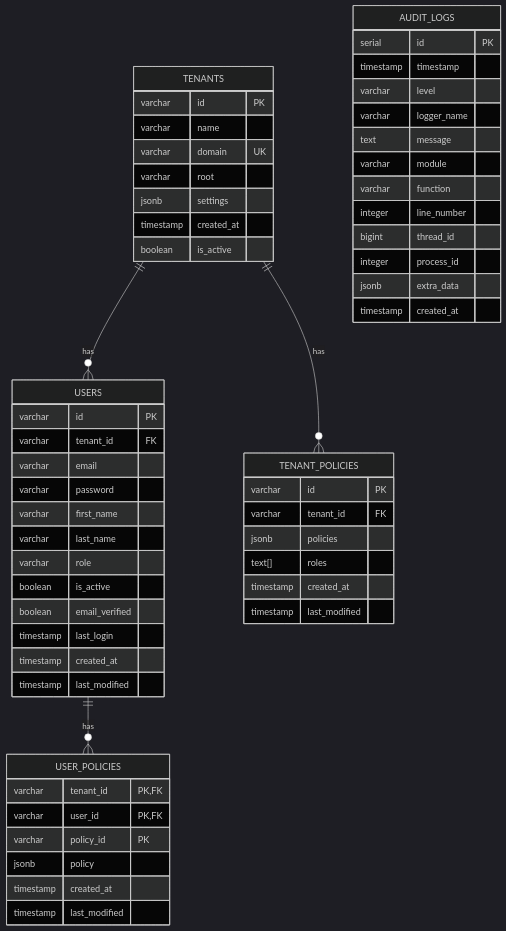
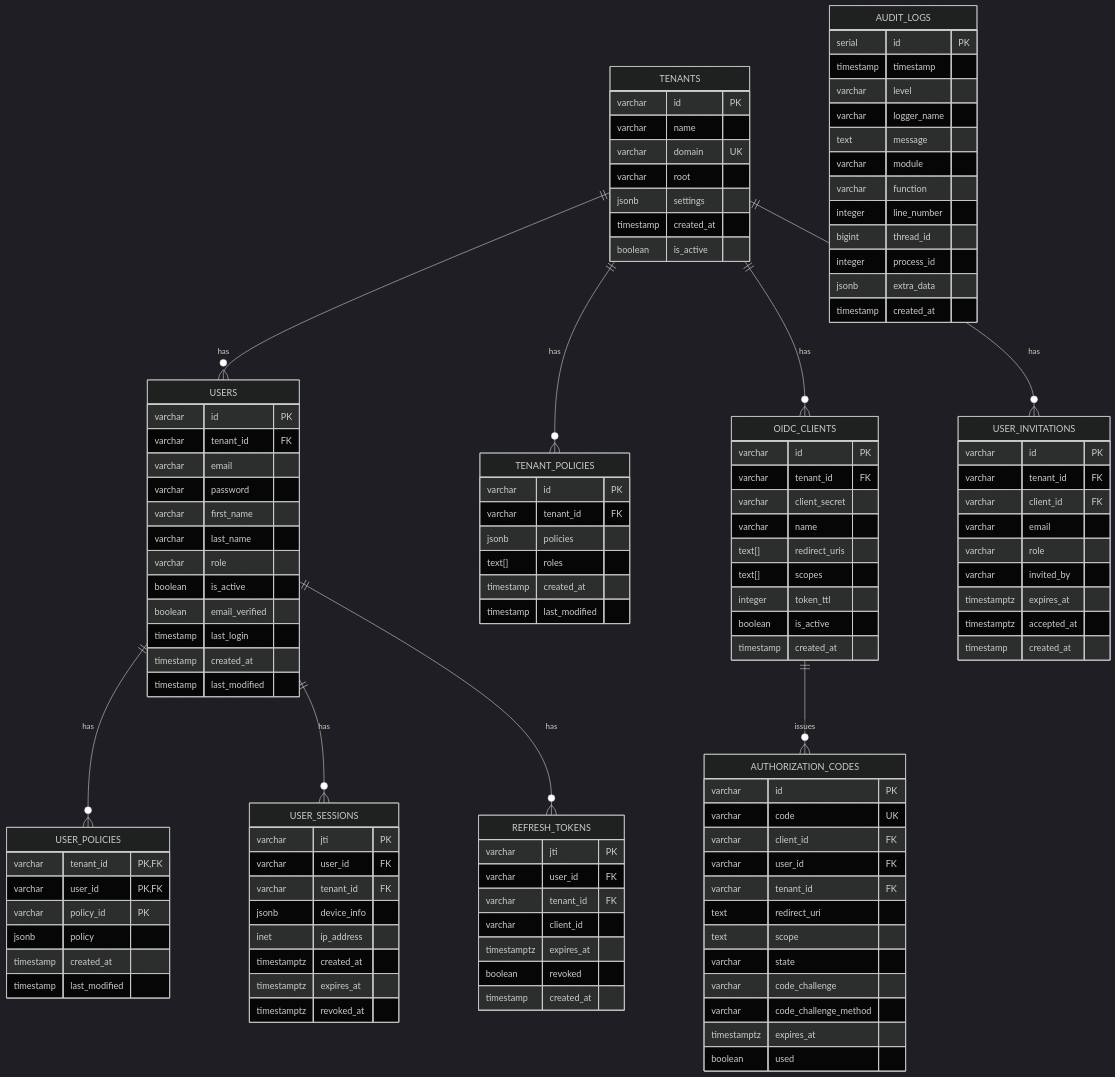
One commit to Merrick1307/identity-access-management-system changed diagram 13 of 15 in ARCHITECTURE.md. Above: the diagram before and after it, drawn with Mermaid (dark theme). The commit also changed other lines of this file and 134 other files, not shown here.

```diff
--- a/ARCHITECTURE.md
+++ b/ARCHITECTURE.md
@@ -478,7 +496,12 @@
 erDiagram
     TENANTS ||--o{ USERS : has
     TENANTS ||--o{ TENANT_POLICIES : has
+    TENANTS ||--o{ OIDC_CLIENTS : has
+    TENANTS ||--o{ USER_INVITATIONS : has
     USERS ||--o{ USER_POLICIES : has
+    USERS ||--o{ USER_SESSIONS : has
+    USERS ||--o{ REFRESH_TOKENS : has
+    OIDC_CLIENTS ||--o{ AUTHORIZATION_CODES : issues
     
     TENANTS {
         varchar id PK
@@ -523,6 +546,66 @@
         timestamp last_modified
     }
     
+    OIDC_CLIENTS {
+        varchar id PK
+        varchar tenant_id FK
+        varchar client_secret
+        varchar name
+        text[] redirect_uris
+        text[] scopes
+        integer token_ttl
+        boolean is_active
+        timestamp created_at
+    }
+    
+    USER_SESSIONS {
+        varchar jti PK
+        varchar user_id FK
+        varchar tenant_id FK
+        jsonb device_info
+        inet ip_address
+        timestamptz created_at
+        timestamptz expires_at
+        timestamptz revoked_at
+    }
+    
+    REFRESH_TOKENS {
+        varchar jti PK
+        varchar user_id FK
+        varchar tenant_id FK
+        varchar client_id
+        timestamptz expires_at
+        boolean revoked
+        timestamp created_at
+    }
+    
+    AUTHORIZATION_CODES {
+        varchar id PK
+        varchar code UK
+        varchar client_id FK
+        varchar user_id FK
+        varchar tenant_id FK
+        text redirect_uri
+        text scope
+        varchar state
+        varchar code_challenge
+        varchar code_challenge_method
+        timestamptz expires_at
+        boolean used
+    }
+    
+    USER_INVITATIONS {
+        varchar id PK
+        varchar tenant_id FK
+        varchar client_id FK
+        varchar email
+        varchar role
+        varchar invited_by
+        timestamptz expires_at
+        timestamptz accepted_at
+        timestamp created_at
+    }
+    
     AUDIT_LOGS {
         serial id PK
         timestamp timestamp
```
